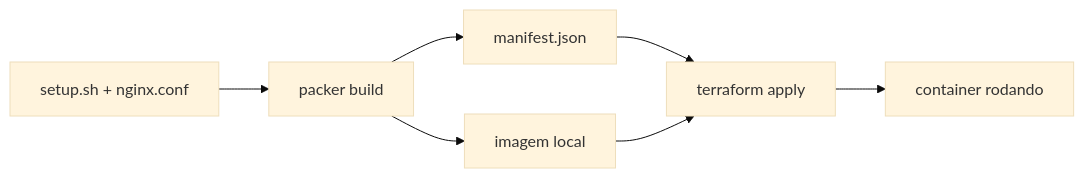
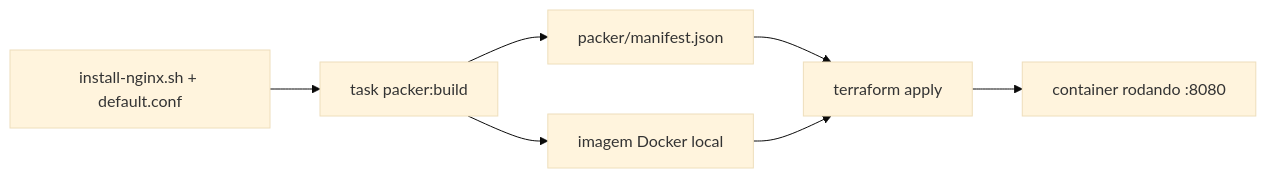
The diagram in docs/labs/14-capstone-empacotar/README.md (jezielbrizolla/IaC), drawn with Mermaid (base theme) before and after one commit. The commit also changed other lines of this file and 1 other file, not shown here.

````diff
--- a/docs/labs/14-capstone-empacotar/README.md
+++ b/docs/labs/14-capstone-empacotar/README.md
@@ -72,9 +82,9 @@
 ```mermaid
 flowchart LR
-  A[setup.sh + nginx.conf] --> B[packer build]
-  B --> C[imagem local]
-  B --> D[manifest.json]
+  A[install-nginx.sh + default.conf] --> B[task packer:build]
+  B --> C[imagem Docker local]
+  B --> D[packer/manifest.json]
   D --> E[terraform apply]
   C --> E
-  E --> F[container rodando]
+  E --> F[container rodando :8080]
 ```
````
